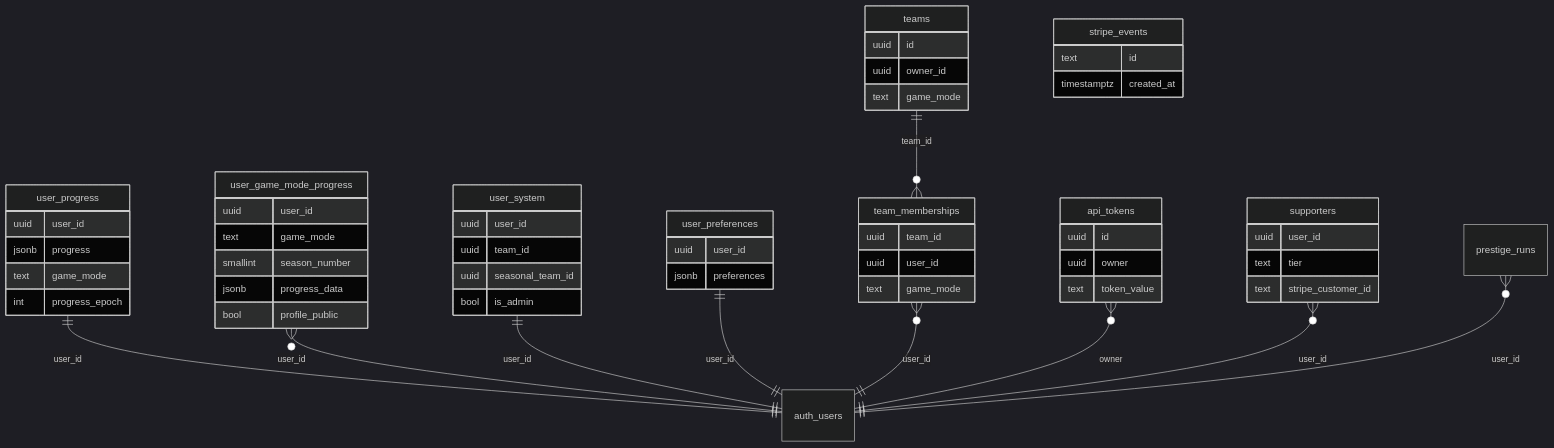
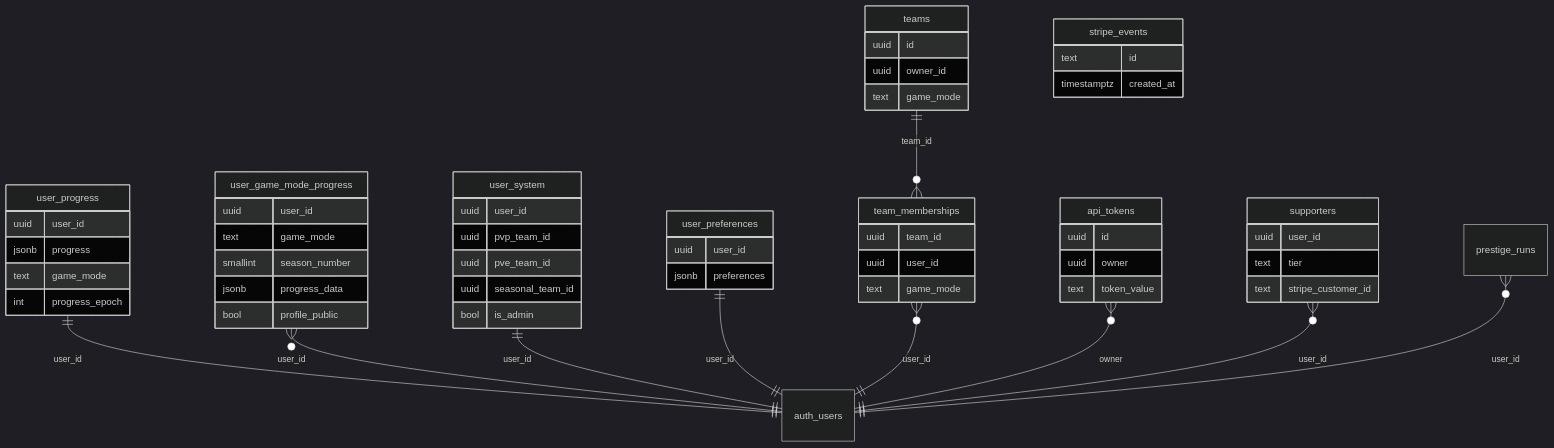
The third of 3 diagrams in docs/agent-context/summary/data_models.md (tarkovtracker-org/TarkovTracker), drawn with Mermaid (dark theme) before and after one commit. The commit also changed 1 other file, not shown here.

Commit message:
fix(docs): address review — profile auth, user_system team columns
- API.md quick-ref: /api/profile/* is public (rate-limited), not JWT-authed
- data_models.md: user_system has pvp_team_id/pve_team_id/seasonal_team_id,
  not a generic team_id column

````diff
--- a/docs/agent-context/summary/data_models.md
+++ b/docs/agent-context/summary/data_models.md
@@ -177,60 +177,61 @@
 ```mermaid
 erDiagram
     user_progress ||--|| auth_users : "user_id"
     user_game_mode_progress }o--|| auth_users : "user_id"
     user_system ||--|| auth_users : "user_id"
     user_preferences ||--|| auth_users : "user_id"
     teams ||--o{ team_memberships : "team_id"
     team_memberships }o--|| auth_users : "user_id"
     api_tokens }o--|| auth_users : "owner"
     supporters }o--|| auth_users : "user_id"
     prestige_runs }o--|| auth_users : "user_id"
 
     user_progress {
         uuid user_id
         jsonb progress
         text game_mode
         int progress_epoch
     }
     user_game_mode_progress {
         uuid user_id
         text game_mode
         smallint season_number
         jsonb progress_data
         bool profile_public
     }
     user_system {
         uuid user_id
-        uuid team_id
+        uuid pvp_team_id
+        uuid pve_team_id
         uuid seasonal_team_id
         bool is_admin
     }
     user_preferences {
         uuid user_id
         jsonb preferences
     }
     teams {
         uuid id
         uuid owner_id
         text game_mode
     }
     team_memberships {
         uuid team_id
         uuid user_id
         text game_mode
     }
     api_tokens {
         uuid id
         uuid owner
         text token_value
     }
     supporters {
         uuid user_id
         text tier
         text stripe_customer_id
     }
     stripe_events {
         text id
         timestamptz created_at
     }
 ```
````
